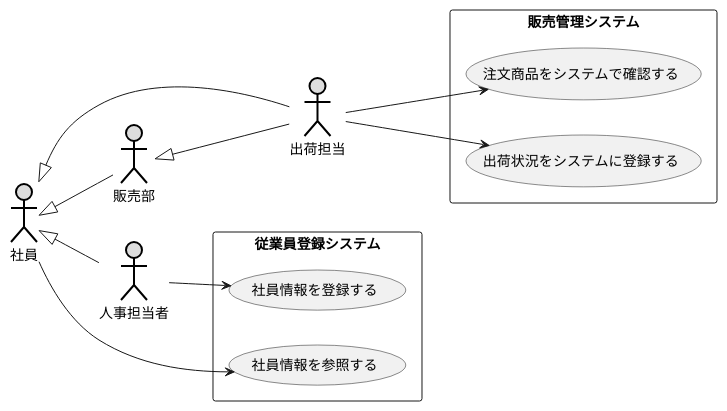
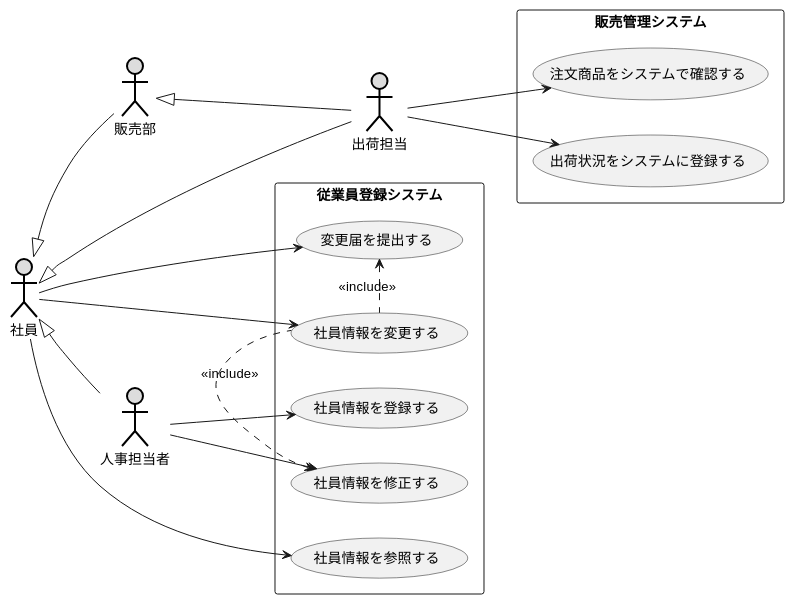
One commit to koha0516/uml-introduction changed the diagram in 演習2-5_盛岡商事_販売管理システム.pu. Above: the diagram before and after it, drawn with PlantUML.

Commit message:
２－６

```diff
--- a/演習2-5_盛岡商事_販売管理システム.pu
+++ b/演習2-5_盛岡商事_販売管理システム.pu
@@ -1,24 +1,32 @@
 @startuml 例題5
 left to right direction
 actor 出荷担当 #DDDDDD;line:black;line.bold;
 actor 販売部 #DDDDDD;line:black;line.bold;
 actor 社員 #DDDDDD;line:black;line.bold;
 actor 人事担当者 #DDDDDD;line:black;line.bold;
 rectangle 販売管理システム {
 usecase 注文商品をシステムで確認する
 usecase 出荷状況をシステムに登録する
 }
 出荷担当 --> 注文商品をシステムで確認する
 出荷担当 --> 出荷状況をシステムに登録する
 社員 <|-- 販売部
 販売部 <|-- 出荷担当
 社員 <|-- 出荷担当
 社員 <|-- 人事担当者
 
 rectangle 従業員登録システム {
 usecase 社員情報を登録する
 usecase 社員情報を参照する
+usecase 変更届を提出する
+usecase 社員情報を変更する
+usecase 社員情報を修正する
+変更届を提出する <. 社員情報を変更する : << include >>
+社員情報を修正する <. 社員情報を変更する : << include >>
 }
 社員 --> 社員情報を参照する
+社員 --> 社員情報を変更する
+社員 --> 変更届を提出する
 人事担当者 --> 社員情報を登録する
+人事担当者 --> 社員情報を修正する
 @enduml
```
